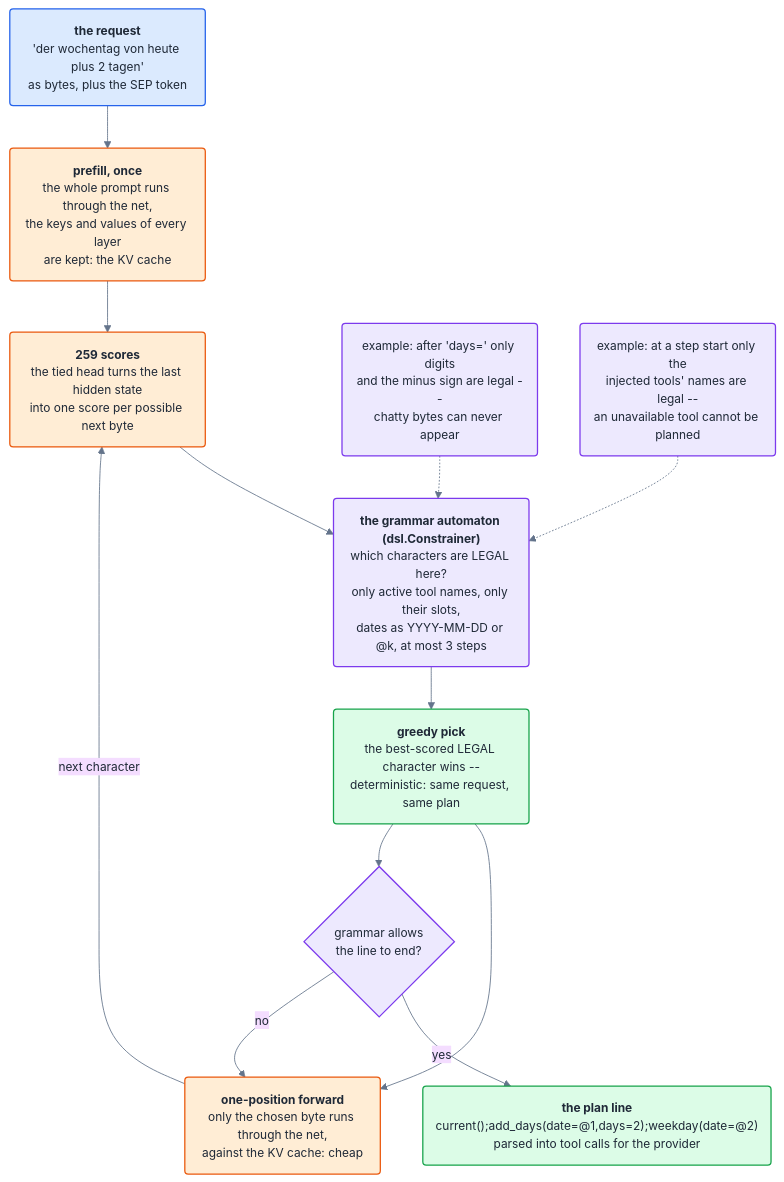
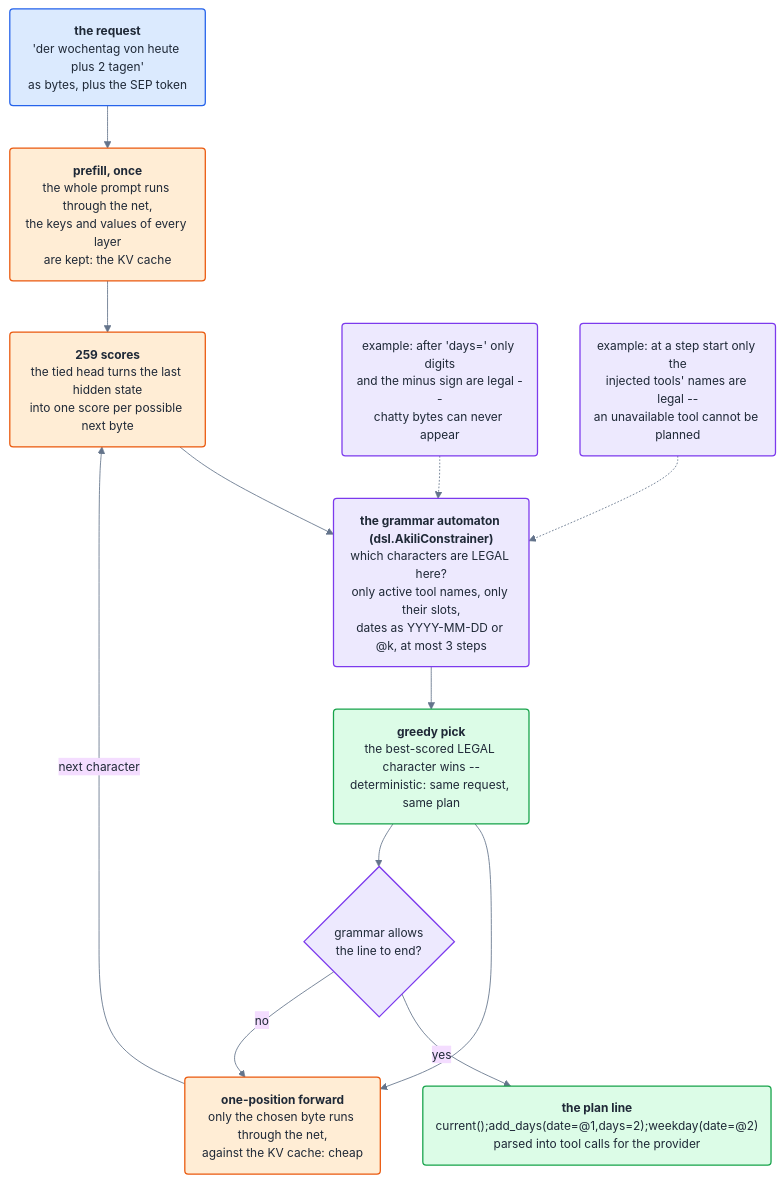
Before and after one commit to tokeo/ramani: the second of 4 diagrams in tokeo/ramani/generate/project/{{app_label}}/core/akili/AKILI-LLM.md, drawn with Mermaid. The commit also changed other lines of this file and 22 other files, not shown here.

Commit message:
mod: template names its ai tools and akili provider by app_class_name, GrpcAuthInterceptor, AkiliConstrainer, AkiliBlock and LogicError on the app Error

````diff
--- a/tokeo/ramani/generate/project/{{app_label}}/core/akili/AKILI-LLM.md
+++ b/tokeo/ramani/generate/project/{{app_label}}/core/akili/AKILI-LLM.md
@@ -224,31 +224,31 @@
 ```mermaid
 %%{init: {"theme": "base", "themeVariables": {"primaryTextColor": "#1f2937", "lineColor": "#64748b", "fontSize": "14px"}}}%%
 flowchart TD
     IN("<b>the request</b><br/>'der wochentag von heute plus 2 tagen'<br/>as bytes, plus the SEP token")
     PRE("<b>prefill, once</b><br/>the whole prompt runs through the net,<br/>the keys and values of every layer<br/>are kept: the KV cache")
     LOG("<b>259 scores</b><br/>the tied head turns the last hidden state<br/>into one score per possible next byte")
-    GRAM("<b>the grammar automaton (dsl.Constrainer)</b><br/>which characters are LEGAL here?<br/>only active tool names, only their slots,<br/>dates as YYYY-MM-DD or @k, at most 3 steps")
+    GRAM("<b>the grammar automaton (dsl.AkiliConstrainer)</b><br/>which characters are LEGAL here?<br/>only active tool names, only their slots,<br/>dates as YYYY-MM-DD or @k, at most 3 steps")
     PICK("<b>greedy pick</b><br/>the best-scored LEGAL character wins --<br/>deterministic: same request, same plan")
     STEP("<b>one-position forward</b><br/>only the chosen byte runs through the net,<br/>against the KV cache: cheap")
     DONE{"grammar allows<br/>the line to end?"}
     PLAN("<b>the plan line</b><br/>current();add_days(date=@1,days=2);weekday(date=@2)<br/>parsed into tool calls for the provider")
 
     IN --> PRE --> LOG
     LOG --> GRAM --> PICK --> STEP
     STEP -->|"next character"| LOG
     PICK --> DONE
     DONE -->|"yes"| PLAN
     DONE -->|"no"| STEP
 
     EX1("example: after 'days=' only digits<br/>and the minus sign are legal --<br/>chatty bytes can never appear") -.-> GRAM
     EX2("example: at a step start only the<br/>injected tools' names are legal --<br/>an unavailable tool cannot be planned") -.-> GRAM
 
     classDef data fill:#dbeafe,stroke:#2563eb,stroke-width:1.5px,color:#1f2937,rx:4px,ry:4px
     classDef model fill:#ffedd5,stroke:#ea580c,stroke-width:1.5px,color:#1f2937,rx:4px,ry:4px
     classDef grammar fill:#ede9fe,stroke:#7c3aed,stroke-width:1.5px,color:#1f2937,rx:4px,ry:4px
     classDef out fill:#dcfce7,stroke:#16a34a,stroke-width:1.5px,color:#1f2937,rx:4px,ry:4px
     class IN data
     class PRE,LOG,STEP model
     class GRAM,EX1,EX2,DONE grammar
     class PICK,PLAN out
 ```
````
